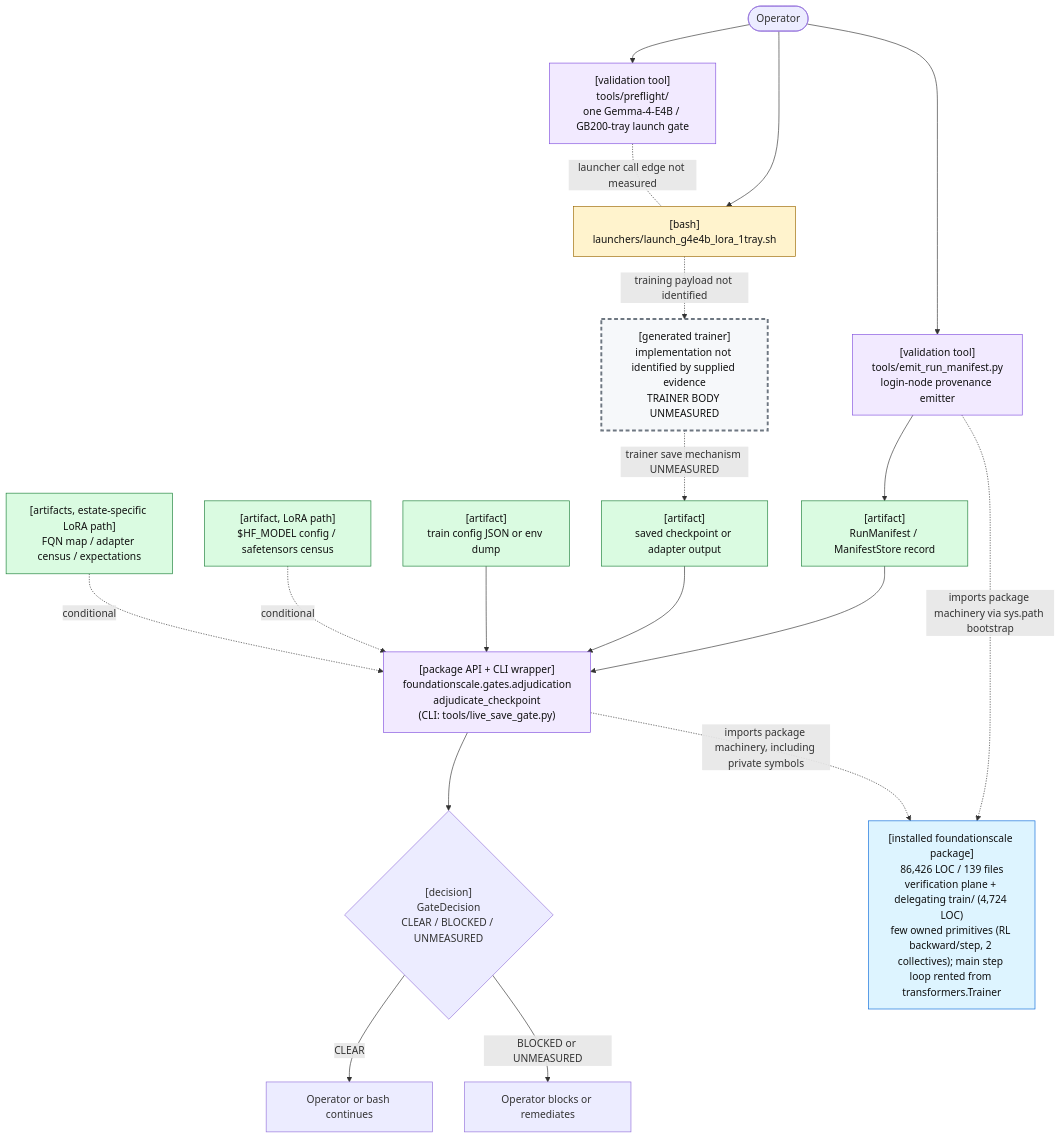
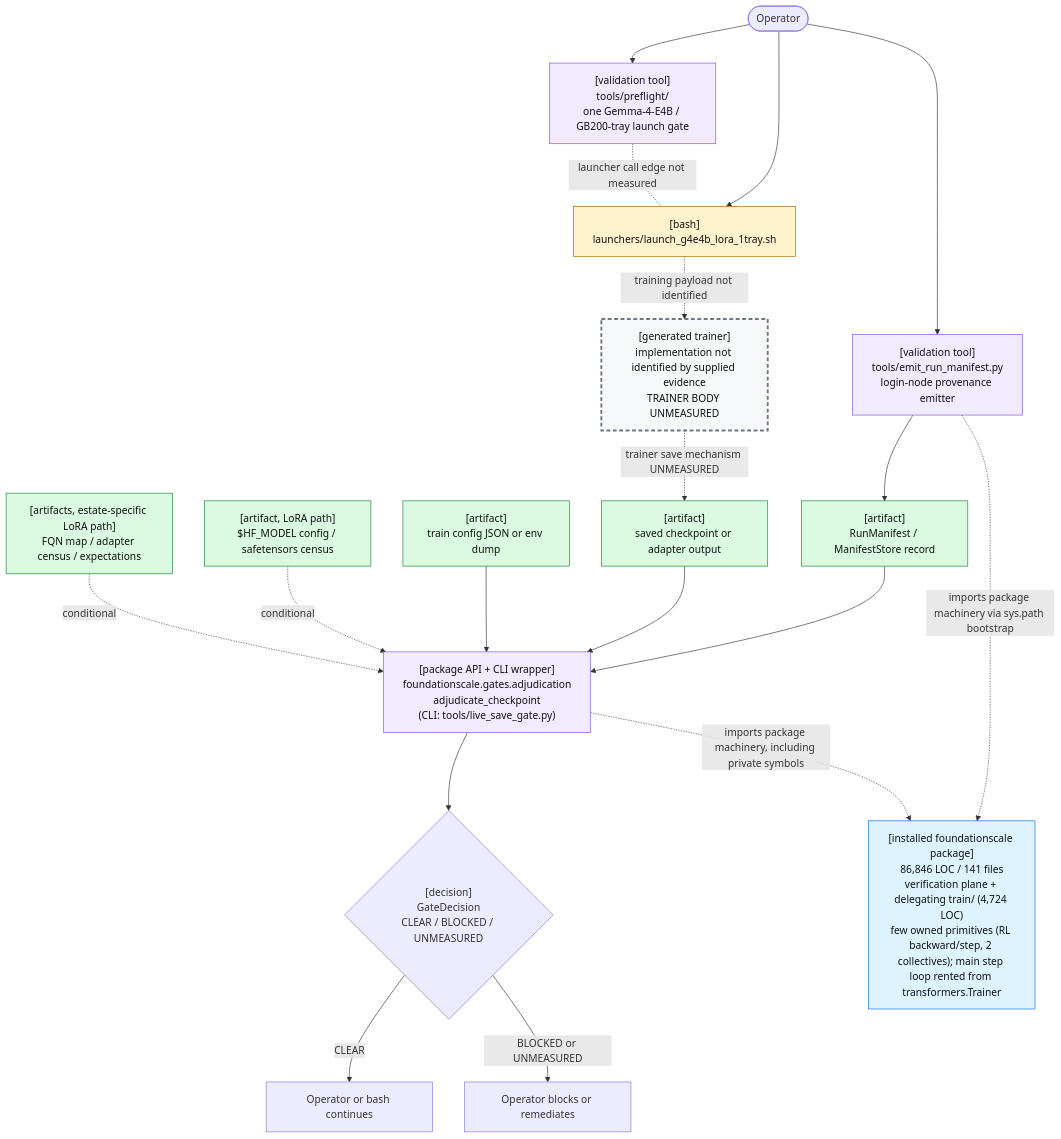
One commit to TranNhiem/FoundationScale changed the first of 2 diagrams in docs/review/D2_current_architecture.md. Above: the diagram before and after it, drawn with Mermaid. The commit also changed other lines of this file and 10 other files, not shown here.

````diff
--- a/docs/review/D2_current_architecture.md
+++ b/docs/review/D2_current_architecture.md
@@ -25,59 +25,59 @@
 ```mermaid
 flowchart TB
   O(["Operator"])
 
   PF["[validation tool]<br/>tools/preflight/<br/>one Gemma-4-E4B / GB200-tray launch gate"]
   L["[bash]<br/>launchers/launch_g4e4b_lora_1tray.sh"]
 
   E["[validation tool]<br/>tools/emit_run_manifest.py<br/>login-node provenance emitter"]
   M["[artifact]<br/>RunManifest / ManifestStore record"]
 
   T["[generated trainer]<br/>implementation not identified by supplied evidence<br/>TRAINER BODY UNMEASURED"]
   C["[artifact]<br/>saved checkpoint or adapter output"]
 
   G["[package API + CLI wrapper]<br/>foundationscale.gates.adjudication<br/>adjudicate_checkpoint<br/>(CLI: tools/live_save_gate.py)"]
   CFG["[artifact]<br/>train config JSON or env dump"]
   BASE["[artifact, LoRA path]<br/>$HF_MODEL config / safetensors census"]
   CEN["[artifacts, estate-specific LoRA path]<br/>FQN map / adapter census / expectations"]
 
   D{"[decision]<br/>GateDecision<br/>CLEAR / BLOCKED / UNMEASURED"}
   OK["Operator or bash continues"]
   NO["Operator blocks or remediates"]
 
-  PKG["[installed foundationscale package]<br/>86,426 LOC / 139 files<br/>verification plane + delegating train/ (4,724 LOC)<br/>few owned primitives (RL backward/step, 2 collectives); main step loop rented from transformers.Trainer"]
+  PKG["[installed foundationscale package]<br/>86,846 LOC / 141 files<br/>verification plane + delegating train/ (4,724 LOC)<br/>few owned primitives (RL backward/step, 2 collectives); main step loop rented from transformers.Trainer"]
 
   O --> PF
   O --> L
   PF -. "launcher call edge not measured" .- L
 
   O --> E
   E --> M
 
   L -. "training payload not identified" .-> T
   T -. "trainer save mechanism UNMEASURED" .-> C
 
   M --> G
   C --> G
   CFG --> G
   BASE -. "conditional" .-> G
   CEN -. "conditional" .-> G
 
   E -. "imports package machinery via sys.path bootstrap" .-> PKG
   G -. "imports package machinery, including private symbols" .-> PKG
 
   G --> D
   D -->|"CLEAR"| OK
   D -->|"BLOCKED or UNMEASURED"| NO
 
   classDef bash fill:#fff3cd,stroke:#9a6700,color:#111;
   classDef tool fill:#f2eaff,stroke:#8250df,color:#111;
   classDef artifact fill:#dafbe1,stroke:#1a7f37,color:#111;
   classDef gap fill:#f6f8fa,stroke:#6e7781,stroke-width:3px,stroke-dasharray: 6 4,color:#111;
   classDef pkg fill:#ddf4ff,stroke:#0969da,color:#111;
 
   class L bash;
   class PF,E,G tool;
   class M,C,CFG,BASE,CEN artifact;
   class T gap;
   class PKG pkg;
 ```
````
